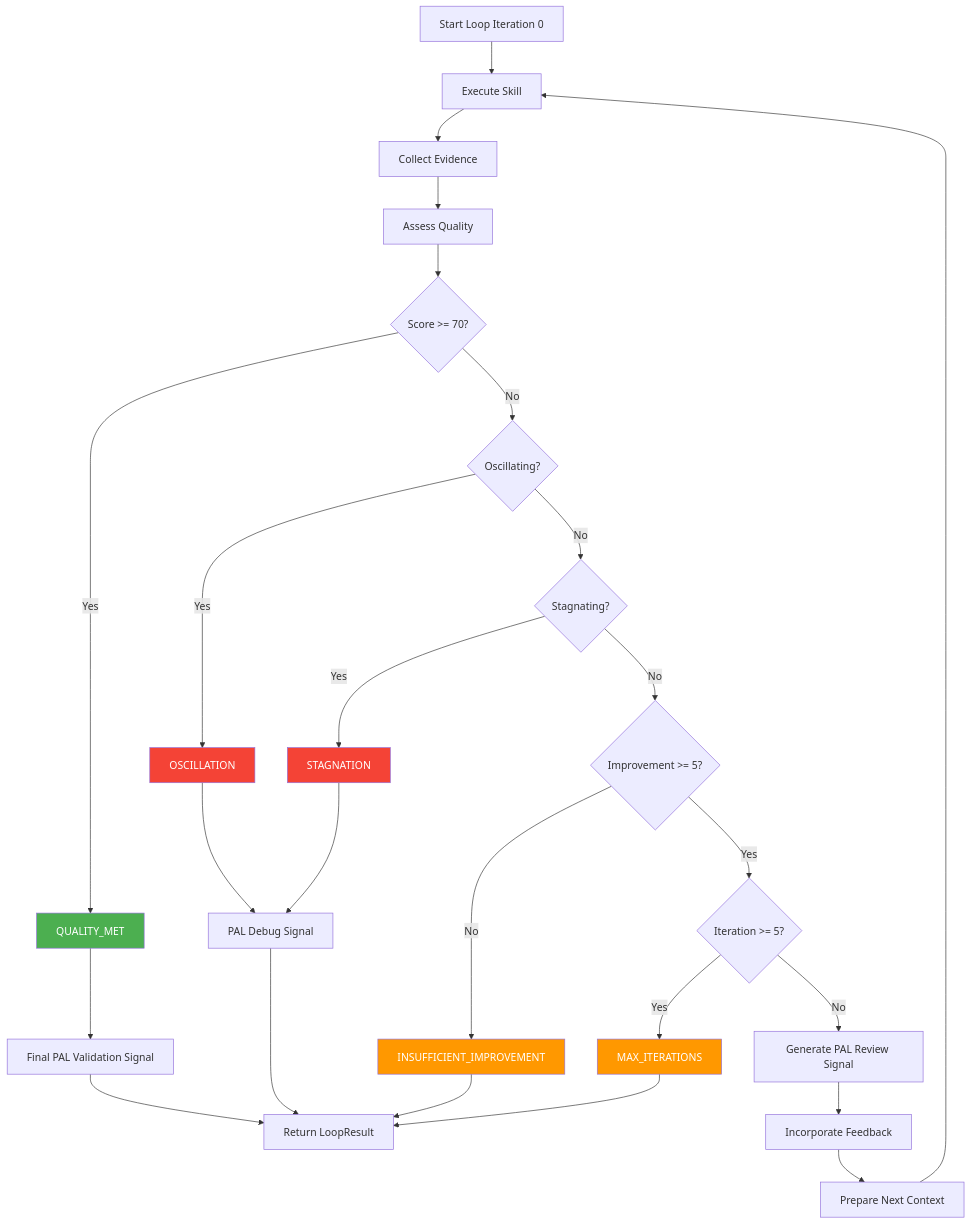
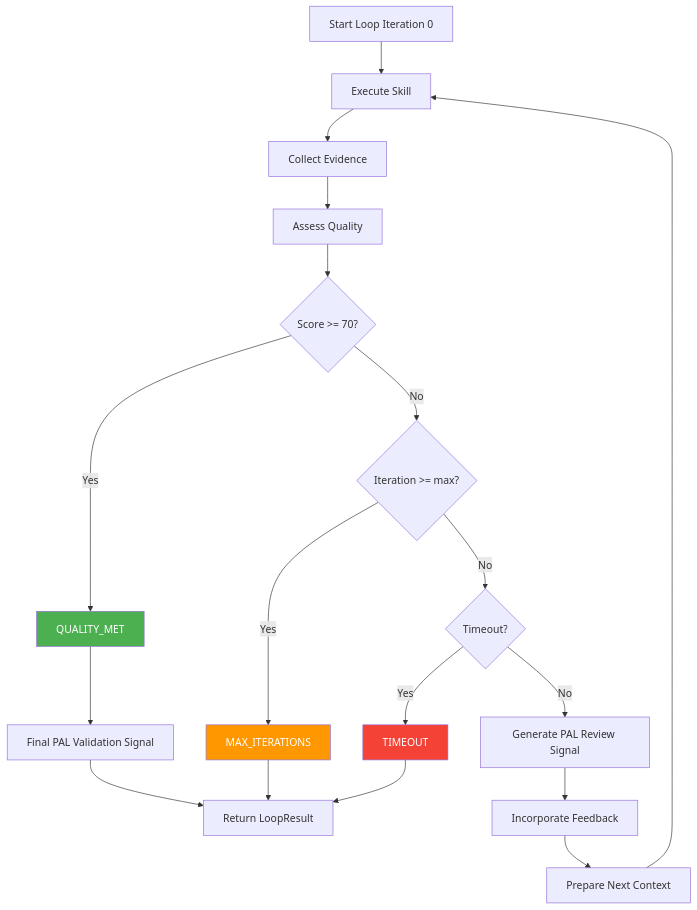
Before and after one commit to Tony363/SuperClaude: the fifth of 9 diagrams in README.md, drawn with Mermaid. The commit also changed other lines of this file and 43 other files, not shown here.

````diff
--- a/README.md
+++ b/README.md
@@ -858,40 +804,29 @@
 ```mermaid
 flowchart TD
     START["Start Loop Iteration 0"] --> EXEC["Execute Skill"]
     EXEC --> EVIDENCE["Collect Evidence"]
     EVIDENCE --> ASSESS["Assess Quality"]
     ASSESS --> SCORE{"Score >= 70?"}
 
     SCORE -->|"Yes"| QUALITY_MET["QUALITY_MET"]
-    SCORE -->|"No"| OSC{"Oscillating?"}
-
-    OSC -->|"Yes"| OSCILLATION["OSCILLATION"]
-    OSC -->|"No"| STAG{"Stagnating?"}
-
-    STAG -->|"Yes"| STAGNATION["STAGNATION"]
-    STAG -->|"No"| IMPROV{"Improvement >= 5?"}
-
-    IMPROV -->|"No"| INSUFFICIENT["INSUFFICIENT_IMPROVEMENT"]
-    IMPROV -->|"Yes"| MAX{"Iteration >= 5?"}
+    SCORE -->|"No"| MAX{"Iteration >= max?"}
 
     MAX -->|"Yes"| MAX_ITER["MAX_ITERATIONS"]
-    MAX -->|"No"| PAL["Generate PAL Review Signal"]
+    MAX -->|"No"| TMOUT{"Timeout?"}
+
+    TMOUT -->|"Yes"| TIMEOUT_TERM["TIMEOUT"]
+    TMOUT -->|"No"| PAL["Generate PAL Review Signal"]
     PAL --> FEEDBACK["Incorporate Feedback"]
     FEEDBACK --> NEXT["Prepare Next Context"]
     NEXT --> EXEC
 
     QUALITY_MET --> FINAL["Final PAL Validation Signal"]
-    OSCILLATION --> DEBUG["PAL Debug Signal"]
-    STAGNATION --> DEBUG
 
     FINAL --> DONE["Return LoopResult"]
-    DEBUG --> DONE
     MAX_ITER --> DONE
-    INSUFFICIENT --> DONE
+    TIMEOUT_TERM --> DONE
 
     style QUALITY_MET fill:#4caf50,color:#fff
     style MAX_ITER fill:#ff9800,color:#fff
-    style OSCILLATION fill:#f44336,color:#fff
-    style STAGNATION fill:#f44336,color:#fff
-    style INSUFFICIENT fill:#ff9800,color:#fff
+    style TIMEOUT_TERM fill:#f44336,color:#fff
 ```
````
